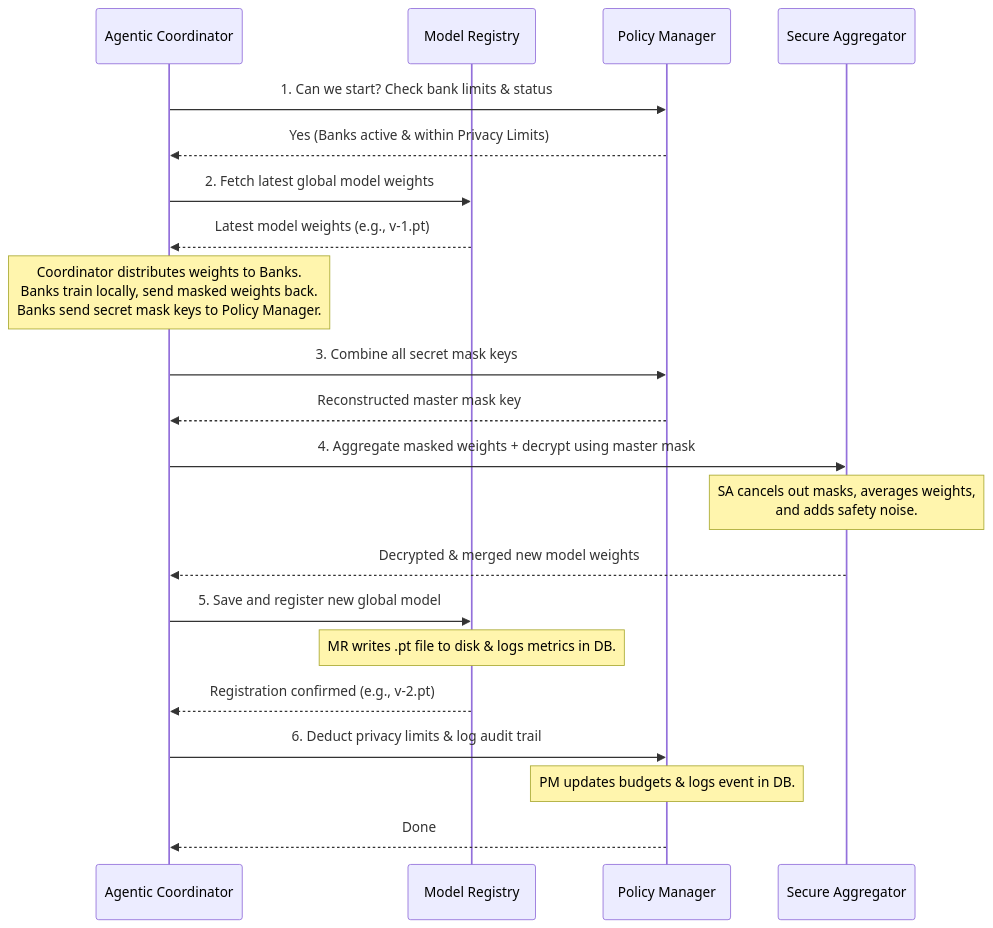
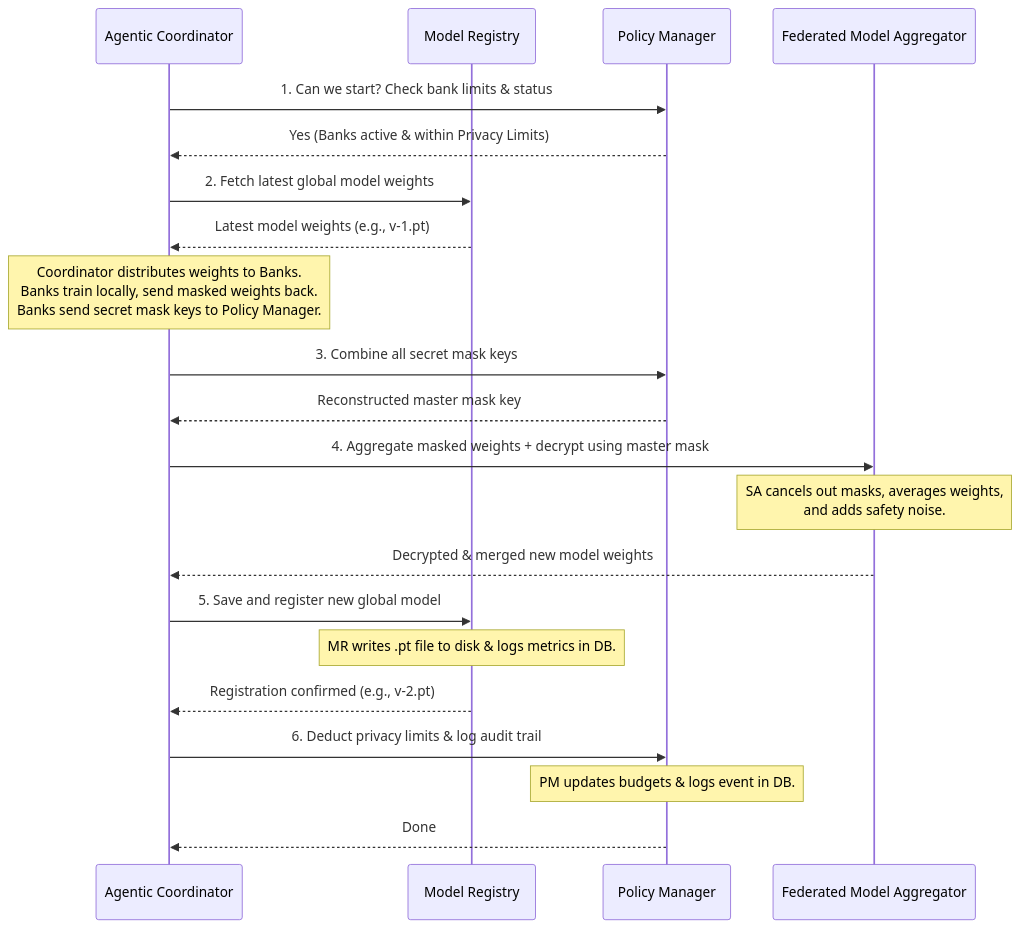
Before and after one commit to dayawansha/agentic-federated-cbdc-fraud-detection: the diagram in doc/flow-explained/central-coordinator-flow.md, drawn with Mermaid. The commit also changed other lines of this file and 30 other files, not shown here.

Commit message:
service name refactored to federated-model-aggregator

````diff
--- a/doc/flow-explained/central-coordinator-flow.md
+++ b/doc/flow-explained/central-coordinator-flow.md
@@ -34,30 +34,30 @@
 ```mermaid
 sequenceDiagram
     participant Coordinator as Agentic Coordinator
     participant MR as Model Registry
     participant PM as Policy Manager
-    participant SA as Secure Aggregator
+    participant SA as Federated Model Aggregator
     
     Coordinator->>PM: 1. Can we start? Check bank limits & status
     PM-->>Coordinator: Yes (Banks active & within Privacy Limits)
     
     Coordinator->>MR: 2. Fetch latest global model weights
     MR-->>Coordinator: Latest model weights (e.g., v-1.pt)
     
     Note over Coordinator: Coordinator distributes weights to Banks.<br/>Banks train locally, send masked weights back.<br/>Banks send secret mask keys to Policy Manager.
     
     Coordinator->>PM: 3. Combine all secret mask keys
     PM-->>Coordinator: Reconstructed master mask key
     
     Coordinator->>SA: 4. Aggregate masked weights + decrypt using master mask
     Note over SA: SA cancels out masks, averages weights,<br/>and adds safety noise.
     SA-->>Coordinator: Decrypted & merged new model weights
     
     Coordinator->>MR: 5. Save and register new global model
     Note over MR: MR writes .pt file to disk & logs metrics in DB.
     MR-->>Coordinator: Registration confirmed (e.g., v-2.pt)
     
     Coordinator->>PM: 6. Deduct privacy limits & log audit trail
     Note over PM: PM updates budgets & logs event in DB.
     PM-->>Coordinator: Done
 ```
````
